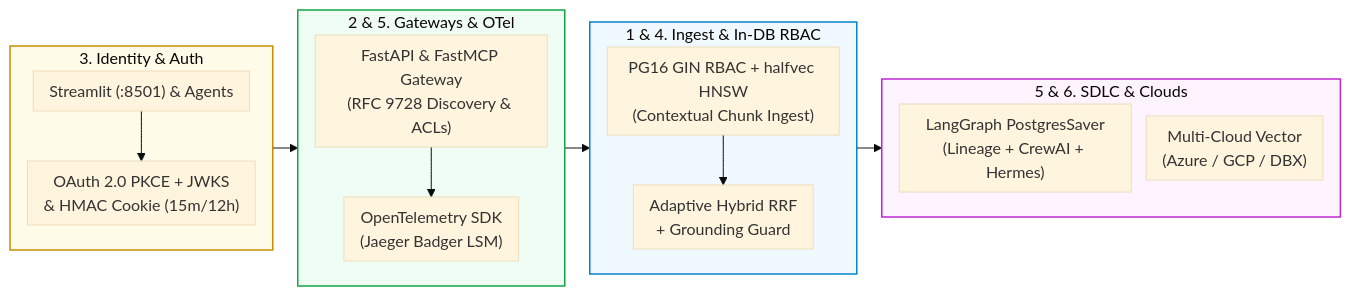
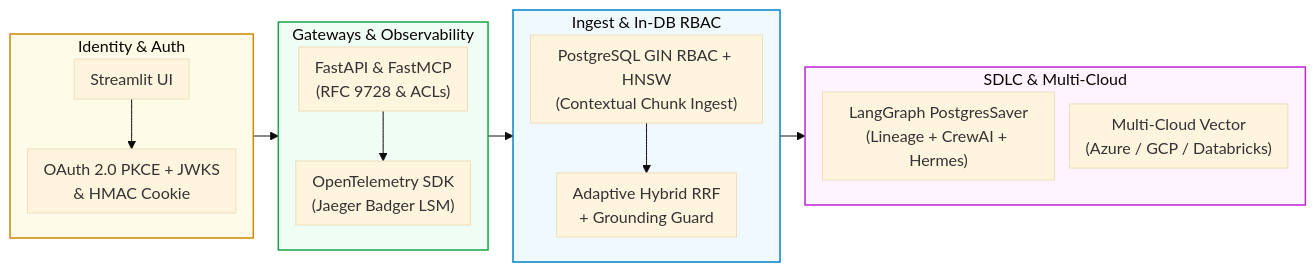
Before and after one commit to Kenono2000/enterprise-rag-pgvector-rbac: the first of 7 diagrams in README.md, drawn with Mermaid (base theme). The commit also changed other lines of this file and 4 other files, not shown here.

````diff
--- a/README.md
+++ b/README.md
@@ -11,26 +5,26 @@
 ```mermaid
 %%{init: {'flowchart': {'nodeSpacing': 15, 'rankSpacing': 25, 'padding': 8}}}%%
 flowchart LR
-    subgraph Identity ["3. Identity & Auth"]
+    subgraph Identity ["Identity & Auth"]
         direction TB
-        UI["Streamlit (:8501) & Agents"] --> PKCE["OAuth 2.0 PKCE + JWKS<br/>& HMAC Cookie (15m/12h)"]
+        UI["Streamlit UI"] --> PKCE["OAuth 2.0 PKCE + JWKS<br/>& HMAC Cookie"]
     end
-    subgraph Gateways ["2 & 5. Gateways & OTel"]
+    subgraph Gateways ["Gateways & Observability"]
         direction TB
-        API["FastAPI & FastMCP Gateway<br/>(RFC 9728 Discovery & ACLs)"] --> OTel["OpenTelemetry SDK<br/>(Jaeger Badger LSM)"]
+        API["FastAPI & FastMCP<br/>(RFC 9728 & ACLs)"] --> OTel["OpenTelemetry SDK<br>(Jaeger Badger LSM)"]
     end
-    subgraph RAGCore ["1 & 4. Ingest & In-DB RBAC"]
+    subgraph RAGCore ["Ingest & In-DB RBAC"]
         direction TB
-        PG["PG16 GIN RBAC + halfvec HNSW<br/>(Contextual Chunk Ingest)"] --> RRF["Adaptive Hybrid RRF<br/>+ Grounding Guard"]
+        PG["PostgreSQL GIN RBAC + HNSW<br>(Contextual Chunk Ingest)"] --> RRF["Adaptive Hybrid RRF<br>+ Grounding Guard"]
     end
-    subgraph CloudAndSDLC ["5 & 6. SDLC & Clouds"]
+    subgraph CloudAndSDLC ["SDLC & Multi-Cloud"]
         direction TB
-        SDLC["LangGraph PostgresSaver<br/>(Lineage + CrewAI + Hermes)"]
-        Clouds["Multi-Cloud Vector<br/>(Azure / GCP / DBX)"]
+        SDLC["LangGraph PostgresSaver<br>(Lineage + CrewAI + Hermes)"]
+        Clouds["Multi-Cloud Vector<br>(Azure / GCP / Databricks)"]
     end
     Identity --> Gateways --> RAGCore --> CloudAndSDLC
     style Identity fill:#fefce8,stroke:#ca8a04,stroke-width:1.5px
     style Gateways fill:#f0fdf4,stroke:#16a34a,stroke-width:1.5px
     style RAGCore fill:#f0f9ff,stroke:#0284c7,stroke-width:1.5px
     style CloudAndSDLC fill:#fdf4ff,stroke:#c026d3,stroke-width:1.5px
 ```
````
